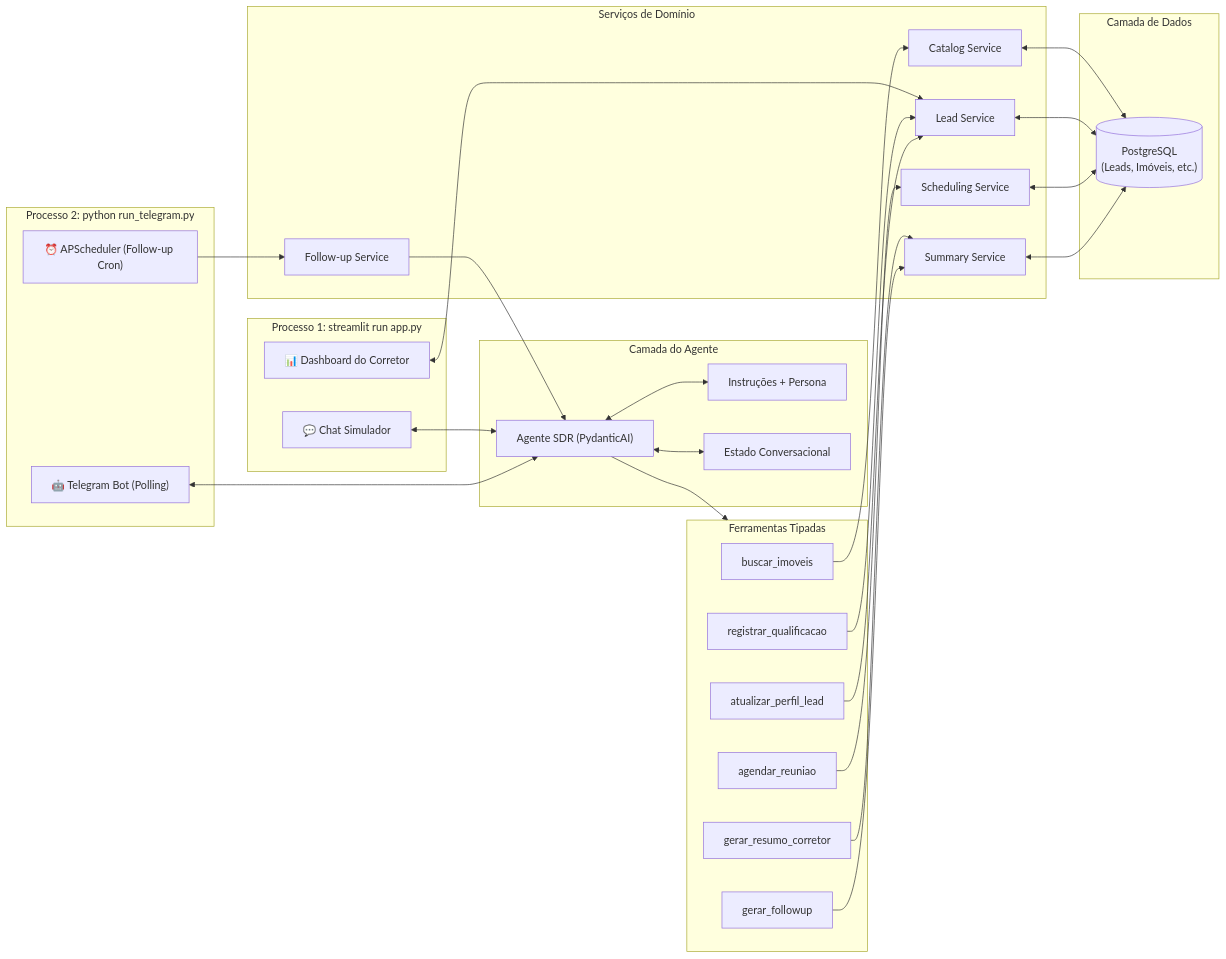
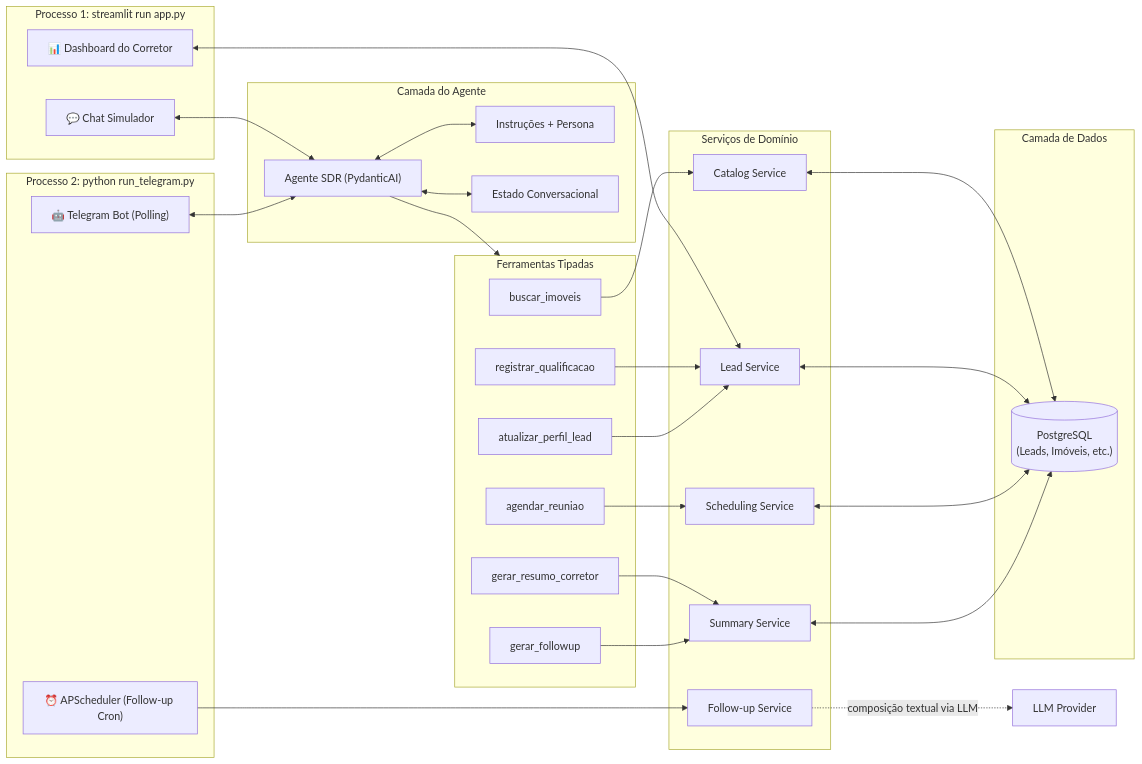
The diagram in docs/01-visao-geral/01-plano-de-implementacao.md (luizaaca/agente_imobiliario), drawn with Mermaid before and after one commit. The commit also changed 4 other files, not shown here.

````diff
--- a/docs/01-visao-geral/01-plano-de-implementacao.md
+++ b/docs/01-visao-geral/01-plano-de-implementacao.md
@@ -141,58 +141,58 @@
 ```mermaid
 flowchart LR
     subgraph Proc1 ["Processo 1: streamlit run app.py"]
         ChatTab["💬 Chat Simulador"]
         DashTab["📊 Dashboard do Corretor"]
     end
 
     subgraph Proc2 ["Processo 2: python run_telegram.py"]
         TgBot["🤖 Telegram Bot (Polling)"]
         Scheduler["⏰ APScheduler (Follow-up Cron)"]
     end
 
     subgraph Agent ["Camada do Agente"]
         SDRAgent["Agente SDR (PydanticAI)"]
         Prompt["Instruções + Persona"]
         State["Estado Conversacional"]
     end
 
     subgraph Tools ["Ferramentas Tipadas"]
         Buscar["buscar_imoveis"]
         Qualificar["registrar_qualificacao"]
         PerfilTool["atualizar_perfil_lead"]
         Agendar["agendar_reuniao"]
         Resumo["gerar_resumo_corretor"]
         FollowUp["gerar_followup"]
     end
 
     subgraph Services ["Serviços de Domínio"]
         CatalogService["Catalog Service"]
         LeadService["Lead Service"]
         SchedulingService["Scheduling Service"]
         SummaryService["Summary Service"]
         FollowUpService["Follow-up Service"]
     end
 
     subgraph Data ["Camada de Dados"]
         DB[("PostgreSQL\n(Leads, Imóveis, etc.)")]
     end
 
     ChatTab <--> SDRAgent
     TgBot <--> SDRAgent
     Scheduler --> FollowUpService
     DashTab <--> LeadService
     SDRAgent <--> Prompt
     SDRAgent <--> State
     SDRAgent --> Tools
     Buscar --> CatalogService
     Qualificar --> LeadService
     PerfilTool --> LeadService
     Agendar --> SchedulingService
     Resumo --> SummaryService
     FollowUp --> SummaryService
-    FollowUpService --> SDRAgent
+    FollowUpService -.->|"composição textual via LLM"| LLM["LLM Provider"]
     CatalogService <--> DB
     LeadService <--> DB
     SchedulingService <--> DB
     SummaryService <--> DB
 ```
````
